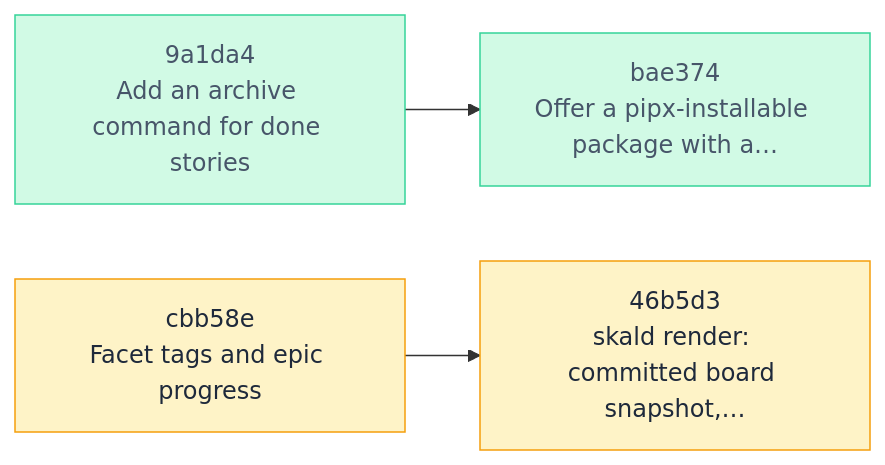
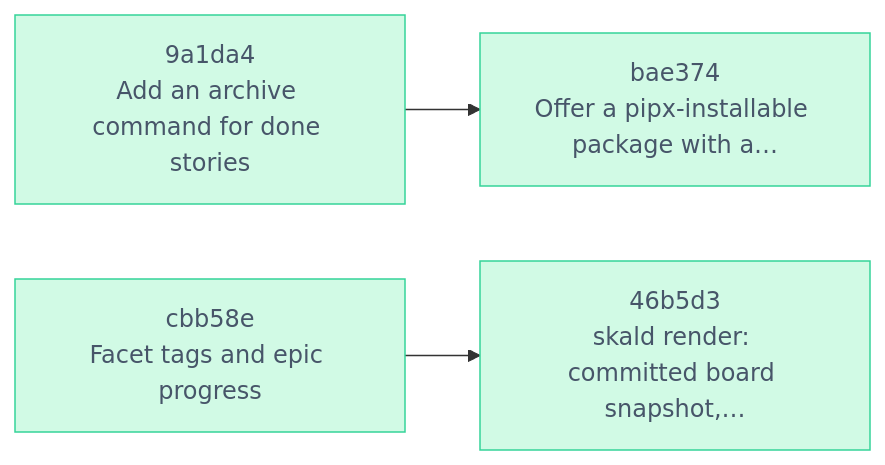
Before and after one commit to Vitund-AI/skald: the diagram in .skald/README.md, drawn with Mermaid. The commit also changed other lines of this file and 49 other files, not shown here.

````diff
--- a/.skald/README.md
+++ b/.skald/README.md
@@ -10,13 +10,11 @@
 ```mermaid
 flowchart LR
     n_46b5d3["46b5d3<br/>skald render: committed board snapshot,…"]
     n_9a1da4["9a1da4<br/>Add an archive command for done stories"]
     n_bae374["bae374<br/>Offer a pipx-installable package with a…"]
     n_cbb58e["cbb58e<br/>Facet tags and epic progress"]
     n_cbb58e --> n_46b5d3
     n_9a1da4 --> n_bae374
-    classDef active fill:#fef3c7,stroke:#f59e0b,color:#1e293b
     classDef done fill:#d1fae5,stroke:#34d399,color:#475569
-    class n_46b5d3,n_cbb58e active
-    class n_9a1da4,n_bae374 done
+    class n_46b5d3,n_9a1da4,n_bae374,n_cbb58e done
 ```
````
